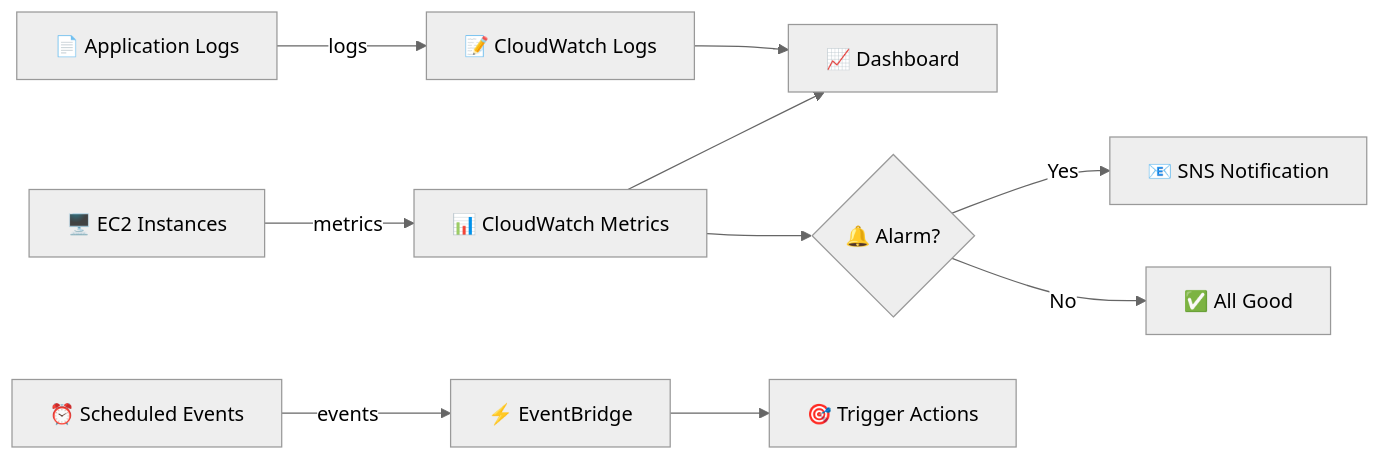
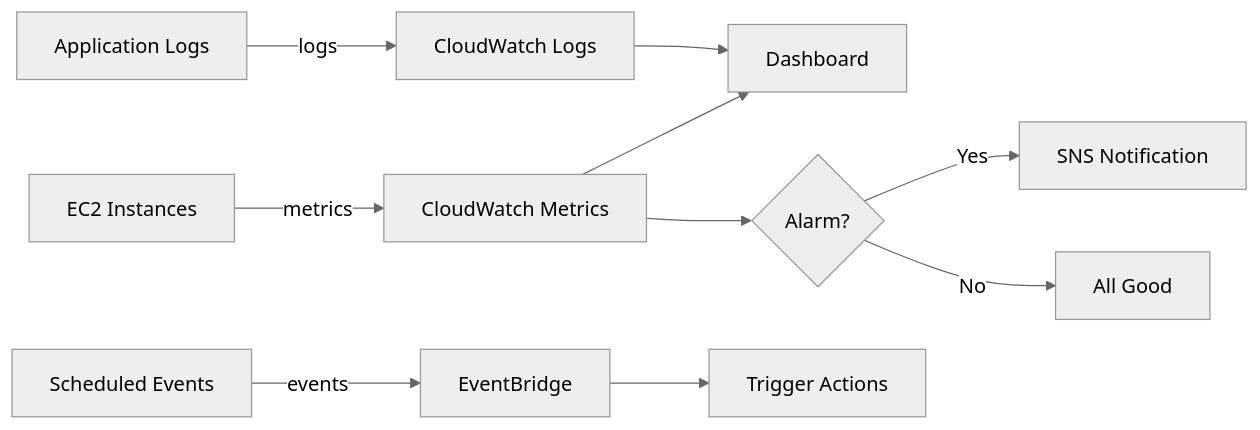
Before and after one commit to agravi987/Learn_AWS-Amazon-Web-Services: the first of 3 diagrams in 15 - CloudWatch/README.md, drawn with Mermaid (neutral theme). The commit also changed other lines of this file and 7 other files, not shown here.

````diff
--- a/15 - CloudWatch/README.md
+++ b/15 - CloudWatch/README.md
@@ -58,15 +73,15 @@
 ```mermaid
 flowchart LR
-    A[🖥️ EC2 Instances] -->|metrics| B[📊 CloudWatch Metrics]
-    C[📄 Application Logs] -->|logs| D[📝 CloudWatch Logs]
-    E[⏰ Scheduled Events] -->|events| F[⚡ EventBridge]
+    A[EC2 Instances] -->|metrics| B[CloudWatch Metrics]
+    C[Application Logs] -->|logs| D[CloudWatch Logs]
+    E[Scheduled Events] -->|events| F[EventBridge]
     
-    B --> G[📈 Dashboard]
+    B --> G[Dashboard]
     D --> G
     
-    B --> H{🔔 Alarm?}
-    H -->|Yes| I[📧 SNS Notification]
-    H -->|No| J[✅ All Good]
+    B --> H{Alarm?}
+    H -->|Yes| I[SNS Notification]
+    H -->|No| J[All Good]
     
-    F --> K[🎯 Trigger Actions]
+    F --> K[Trigger Actions]
 ```
````
